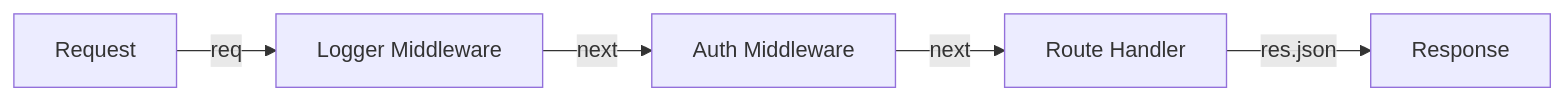
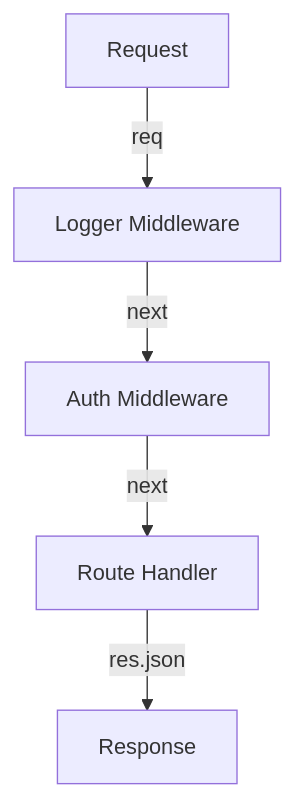
Before and after one commit to amitdevx/TY: the second of 2 diagrams in 02-Semester-VI/CS-353-MJ-T-Web-Technology-II/Unit-2.md, drawn with Mermaid. The commit also changed 65 other files, not shown here.

Commit message:
fix:graph vertical

````diff
--- a/02-Semester-VI/CS-353-MJ-T-Web-Technology-II/Unit-2.md
+++ b/02-Semester-VI/CS-353-MJ-T-Web-Technology-II/Unit-2.md
@@ -253,7 +253,7 @@
 ```mermaid
-graph LR
+graph TD
     Request -->|req| MW1[Logger Middleware]
     MW1 -->|next| MW2[Auth Middleware]
     MW2 -->|next| MW3[Route Handler]
     MW3 -->|res.json| Response
 ```
````
